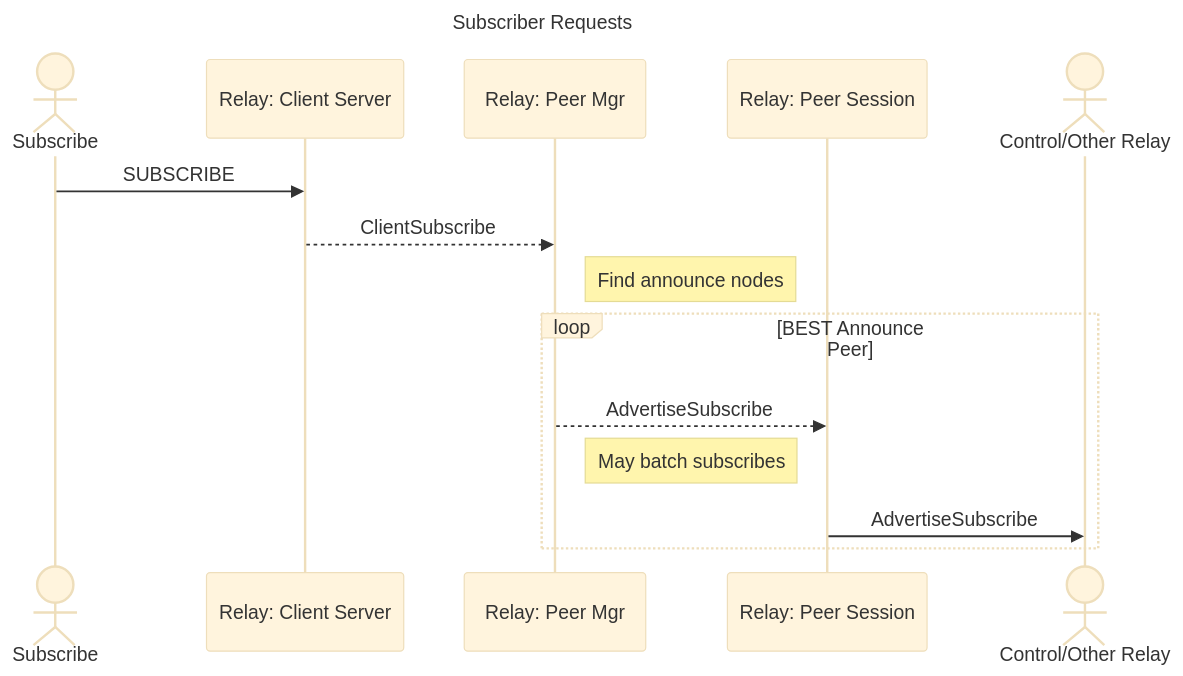
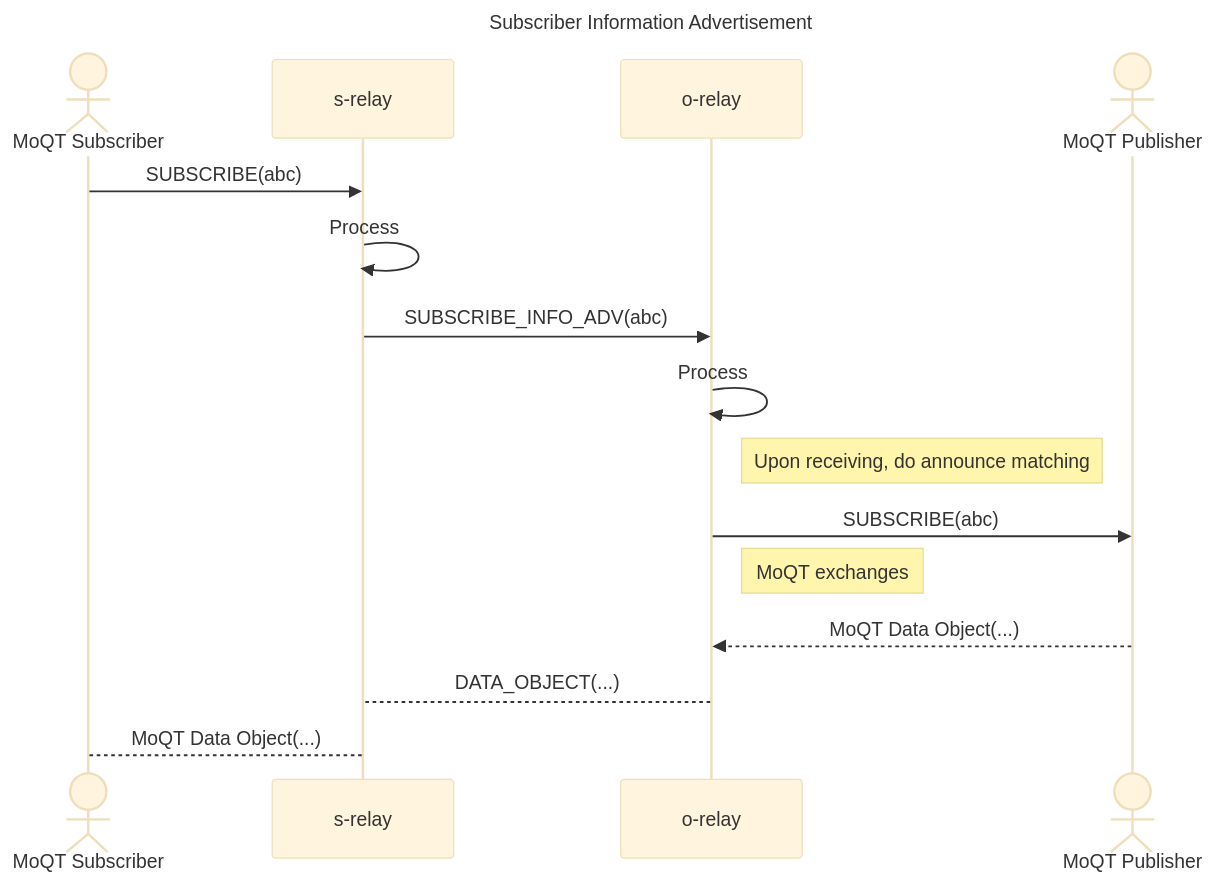
Before and after one commit to Quicr/laps: diagram 24 of 24 in docs/peering.md, drawn with Mermaid (base theme). The commit also changed other lines of this file, not shown here.

````diff
--- a/docs/peering.md
+++ b/docs/peering.md
@@ -1144,20 +1794,22 @@
 ```mermaid
 ---
-title: Subscriber Requests
+title: Subscriber Information Advertisement
 ---
 sequenceDiagram
-    actor P as Subscribe
-    participant CS as Relay: Client Server
-    participant PM as Relay: Peer Mgr
-    participant PS as Relay: Peer Session
-    actor R as Control/Other Relay
-    P ->> CS: SUBSCRIBE
-    CS -->> PM: ClientSubscribe
-    Note right of PM: Find announce nodes
+    actor S as MoQT Subscriber
+    participant SR as s-relay
+    participant OR as o-relay
+    actor P as MoQT Publisher
 
-    loop BEST Announce Peer
-        PM -->> PS: AdvertiseSubscribe
-        Note left of PS: May batch subscribes
-        PS ->> R: AdvertiseSubscribe
-    end
+    S ->> SR: SUBSCRIBE(abc)
+    SR ->> SR: Process
+    SR ->> OR: SUBSCRIBE_INFO_ADV(abc)
+    OR ->> OR: Process
+    note right of OR: Upon receiving, do announce matching
+    OR ->> P: SUBSCRIBE(abc)
+    note right of OR: MoQT exchanges
+    P -->> OR: MoQT Data Object(...)
+    OR --> SR: DATA_OBJECT(...)
+    SR --> S: MoQT Data Object(...)
+
 ```
````
